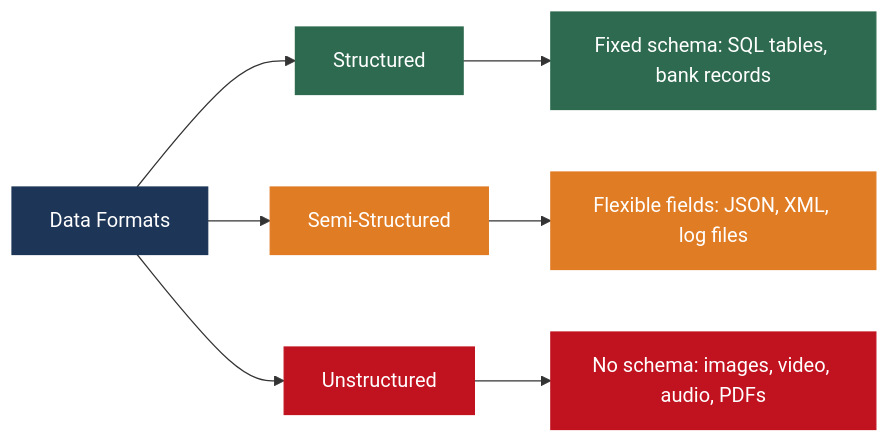
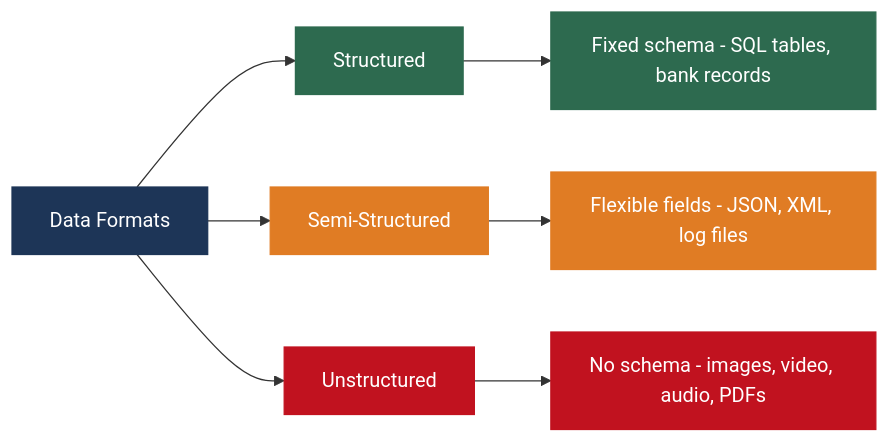
The second of 9 diagrams in Week1/Lecture1_BigData_Fundamentals.md (MuhammadTahaNasir/Big-Data-Analytics-Notes), drawn with Mermaid before and after one commit. The commit also changed other lines of this file, not shown here.

````diff
--- a/Week1/Lecture1_BigData_Fundamentals.md
+++ b/Week1/Lecture1_BigData_Fundamentals.md
@@ -81,18 +81,18 @@
 ```mermaid
 flowchart LR
     A[Data Formats] --> B[Structured]
     A --> C[Semi-Structured]
     A --> D[Unstructured]
 
-    B --> B1[Fixed schema: SQL tables, bank records]
-    C --> C1[Flexible fields: JSON, XML, log files]
-    D --> D1[No schema: images, video, audio, PDFs]
+    B --> B1[Fixed schema - SQL tables, bank records]
+    C --> C1[Flexible fields - JSON, XML, log files]
+    D --> D1[No schema - images, video, audio, PDFs]
 
     style A fill:#1d3557,color:#fff,stroke:#1d3557
     style B fill:#2d6a4f,color:#fff,stroke:#2d6a4f
     style C fill:#e07c24,color:#fff,stroke:#e07c24
     style D fill:#c1121f,color:#fff,stroke:#c1121f
     style B1 fill:#2d6a4f,color:#fff,stroke:#2d6a4f
     style C1 fill:#e07c24,color:#fff,stroke:#e07c24
     style D1 fill:#c1121f,color:#fff,stroke:#c1121f
 ```
````
